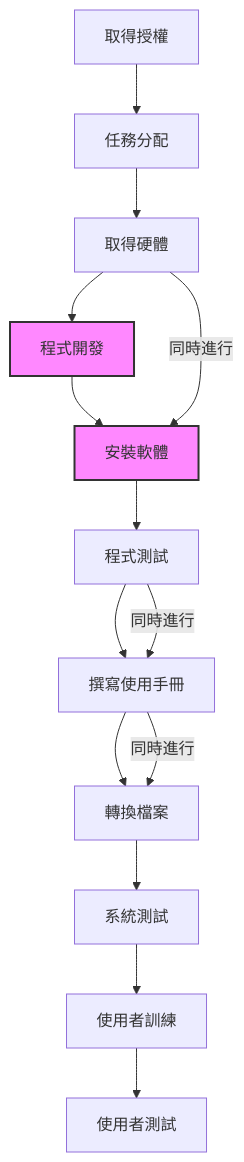
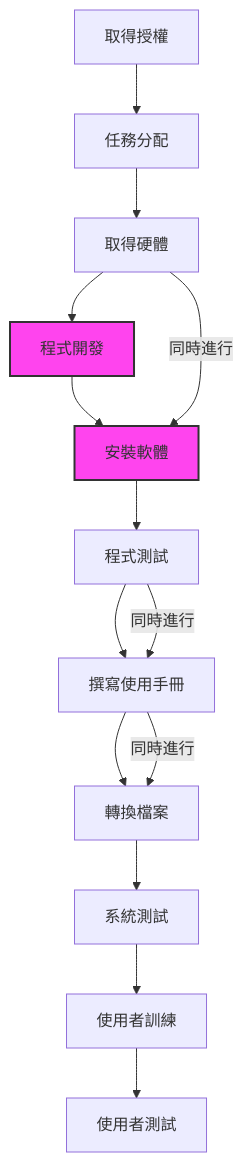
The second of 3 diagrams in HW2.md (Jarory/113-1A-HomeWork), drawn with Mermaid before and after one commit.

````diff
--- a/HW2.md
+++ b/HW2.md
@@ -26,22 +26,22 @@
 ```mermaid
 graph TD
     A[取得授權] --> B[任務分配]
     B --> C[取得硬體]
     C --> D[程式開發]
     D --> E[安裝軟體]
     E --> F[程式測試]
     F --> G[撰寫使用手冊]
     G --> H[轉換檔案]
     H --> I[系統測試]
     I --> J[使用者訓練]
     J --> K[使用者測試]
 
-    style D fill:#f8f,stroke:#333,stroke-width:2px
-    style E fill:#f8f,stroke:#333,stroke-width:2px
+    style D fill:#f4e,stroke:#333,stroke-width:2px
+    style E fill:#f4e,stroke:#333,stroke-width:2px
 
     C -->|同時進行| E
     G -->|同時進行| H
     F -->|同時進行| G
 
 
 ```
````
